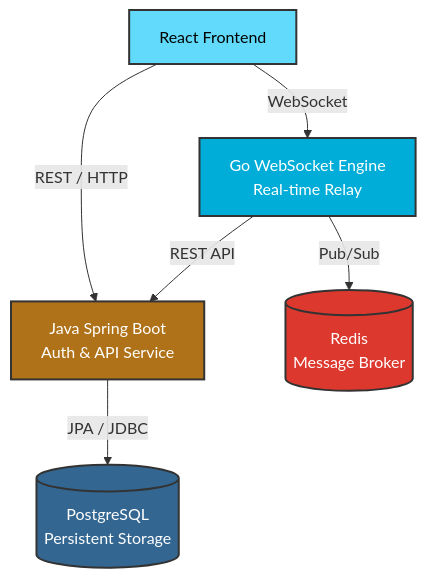
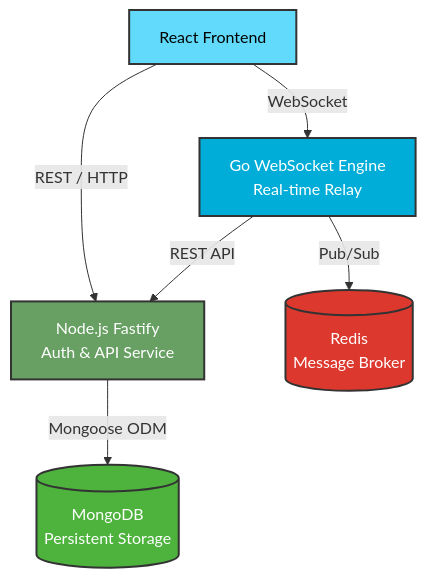
Before and after one commit to tharun-7733/chat_application: the diagram in README.md, drawn with Mermaid. The commit also changed other lines of this file and 92 other files, not shown here.

````diff
--- a/README.md
+++ b/README.md
@@ -21,22 +21,22 @@
 ```mermaid
 graph TD
-    Client[React Frontend] -->|REST / HTTP| Java[Java Spring Boot\nAuth & API Service]
+    Client[React Frontend] -->|REST / HTTP| Node[Node.js Fastify\nAuth & API Service]
     Client -->|WebSocket| Go[Go WebSocket Engine\nReal-time Relay]
     
-    Java -->|JPA / JDBC| PG[(PostgreSQL\nPersistent Storage)]
-    Go -->|REST API| Java
+    Node -->|Mongoose ODM| Mongo[(MongoDB\nPersistent Storage)]
+    Go -->|REST API| Node
     
     Go -->|Pub/Sub| Redis[(Redis\nMessage Broker)]
     
     classDef frontend fill:#61DAFB,stroke:#333,stroke-width:2px,color:black;
-    classDef java fill:#b07219,stroke:#333,stroke-width:2px,color:white;
+    classDef node fill:#68A063,stroke:#333,stroke-width:2px,color:white;
     classDef go fill:#00ADD8,stroke:#333,stroke-width:2px,color:white;
-    classDef db fill:#336791,stroke:#333,stroke-width:2px,color:white;
+    classDef db fill:#4DB33D,stroke:#333,stroke-width:2px,color:white;
     classDef redis fill:#DC382D,stroke:#333,stroke-width:2px,color:white;
     
     class Client frontend;
-    class Java java;
+    class Node node;
     class Go go;
-    class PG db;
+    class Mongo db;
     class Redis redis;
 ```
````
